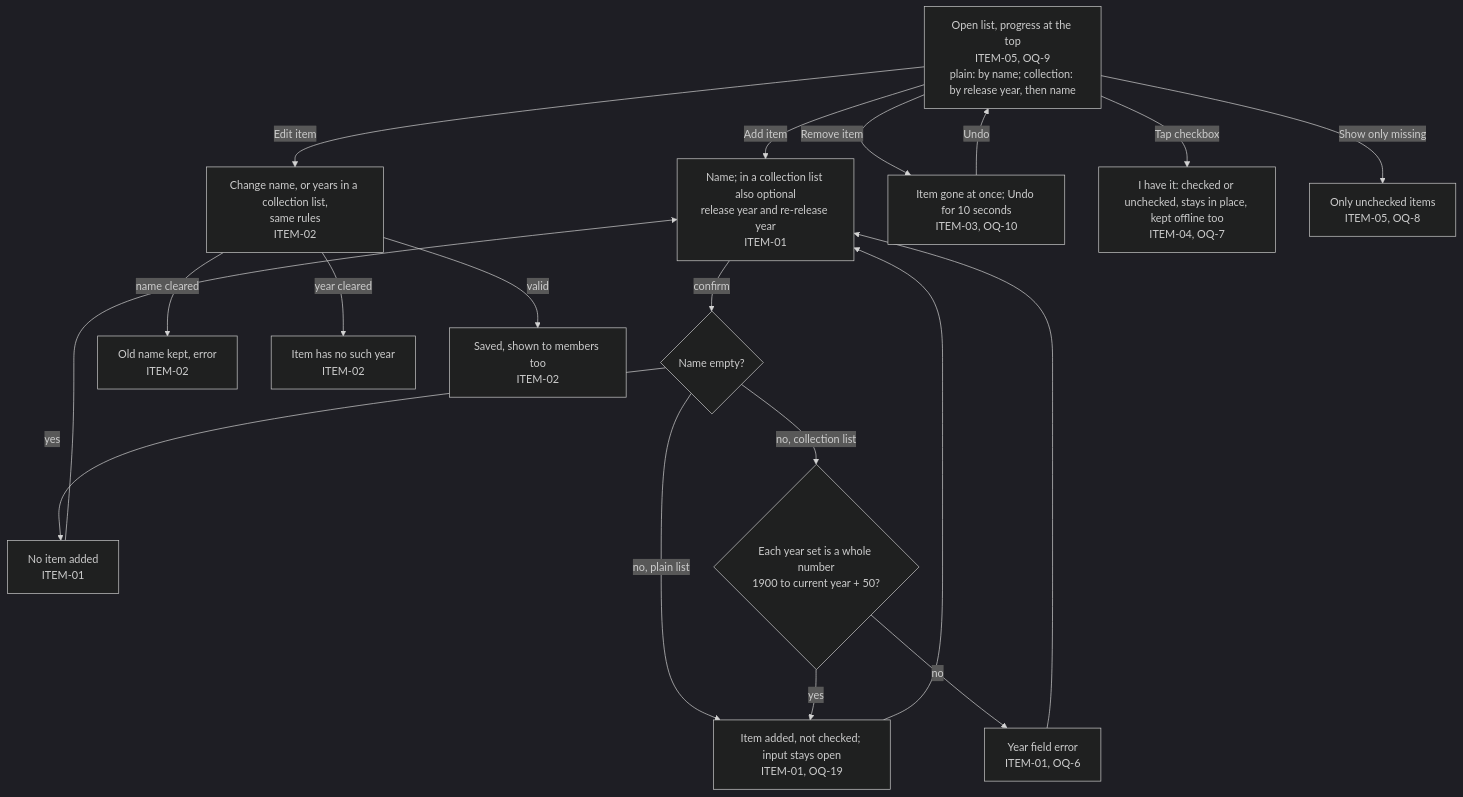
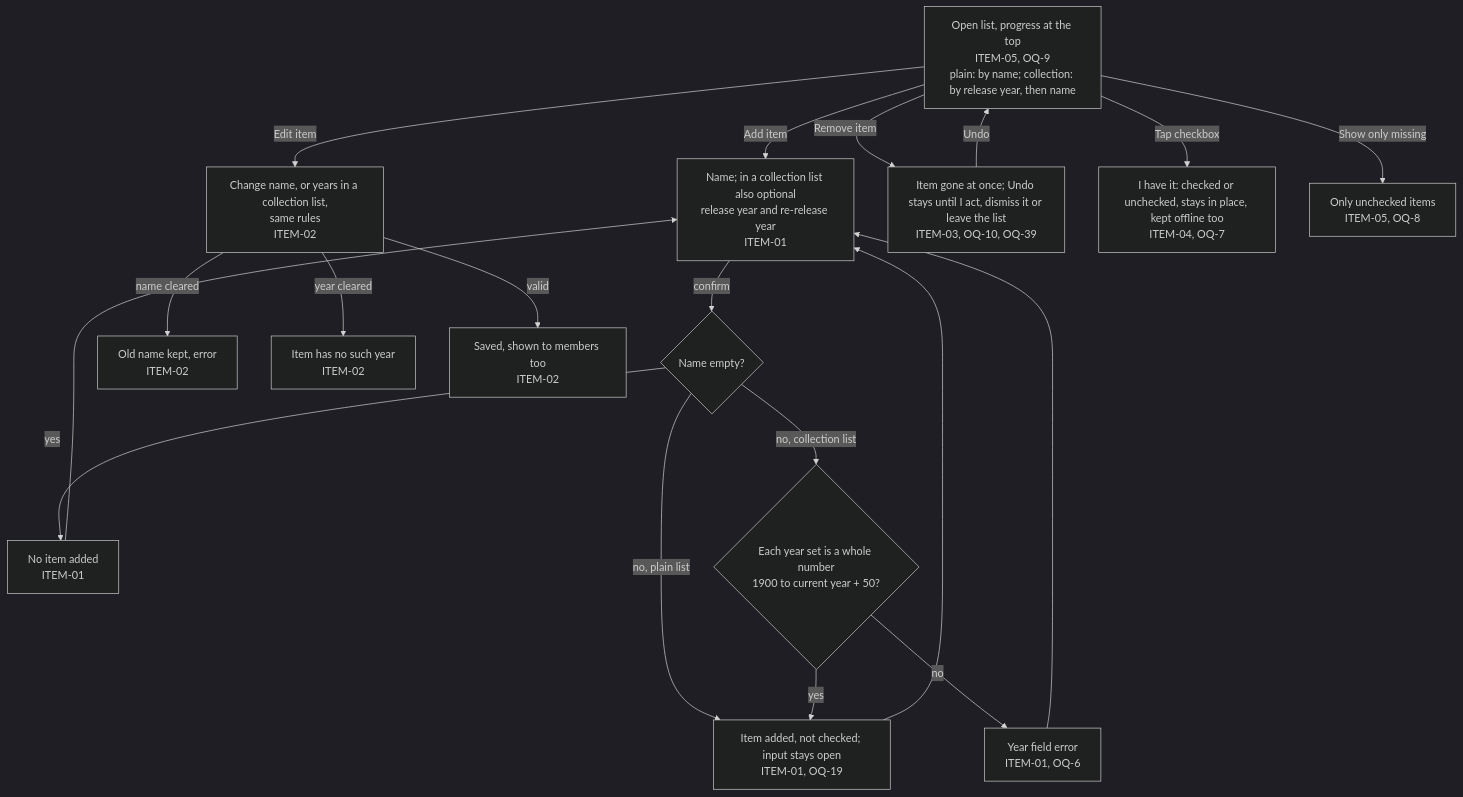
The seventh of 11 diagrams in docs/product/flow.md (bondo/listicles2), drawn with Mermaid (dark theme) before and after one commit. The commit also changed other lines of this file and 5 other files, not shown here.

````diff
--- a/docs/product/flow.md
+++ b/docs/product/flow.md
@@ -193,19 +193,19 @@
 ```mermaid
 flowchart TD
     open["Open list, progress at the top<br>ITEM-05, OQ-9<br>plain: by name; collection: by release year, then name"] -- "Add item" --> input["Name; in a collection list also optional<br>release year and re-release year<br>ITEM-01"]
     input -- "confirm" --> iname{"Name empty?"}
     iname -- "yes" --> noadd["No item added<br>ITEM-01"] --> input
     iname -- "no, plain list" --> added
     iname -- "no, collection list" --> years{"Each year set is a whole number<br>1900 to current year + 50?"}
     years -- "no" --> yerr["Year field error<br>ITEM-01, OQ-6"] --> input
     years -- "yes" --> added["Item added, not checked; input stays open<br>ITEM-01, OQ-19"]
     added --> input
     open -- "Edit item" --> edit["Change name, or years in a collection list,<br>same rules<br>ITEM-02"]
     edit -- "name cleared" --> keep["Old name kept, error<br>ITEM-02"]
     edit -- "year cleared" --> noyear["Item has no such year<br>ITEM-02"]
     edit -- "valid" --> saved["Saved, shown to members too<br>ITEM-02"]
-    open -- "Remove item" --> rgone["Item gone at once; Undo for 10 seconds<br>ITEM-03, OQ-10"]
+    open -- "Remove item" --> rgone["Item gone at once; Undo stays until I act, dismiss it or leave the list<br>ITEM-03, OQ-10, OQ-39"]
     rgone -- "Undo" --> open
     open -- "Tap checkbox" --> toggle["I have it: checked or unchecked, stays in place, kept offline too<br>ITEM-04, OQ-7"]
     open -- "Show only missing" --> missing["Only unchecked items<br>ITEM-05, OQ-8"]
 ```
````
